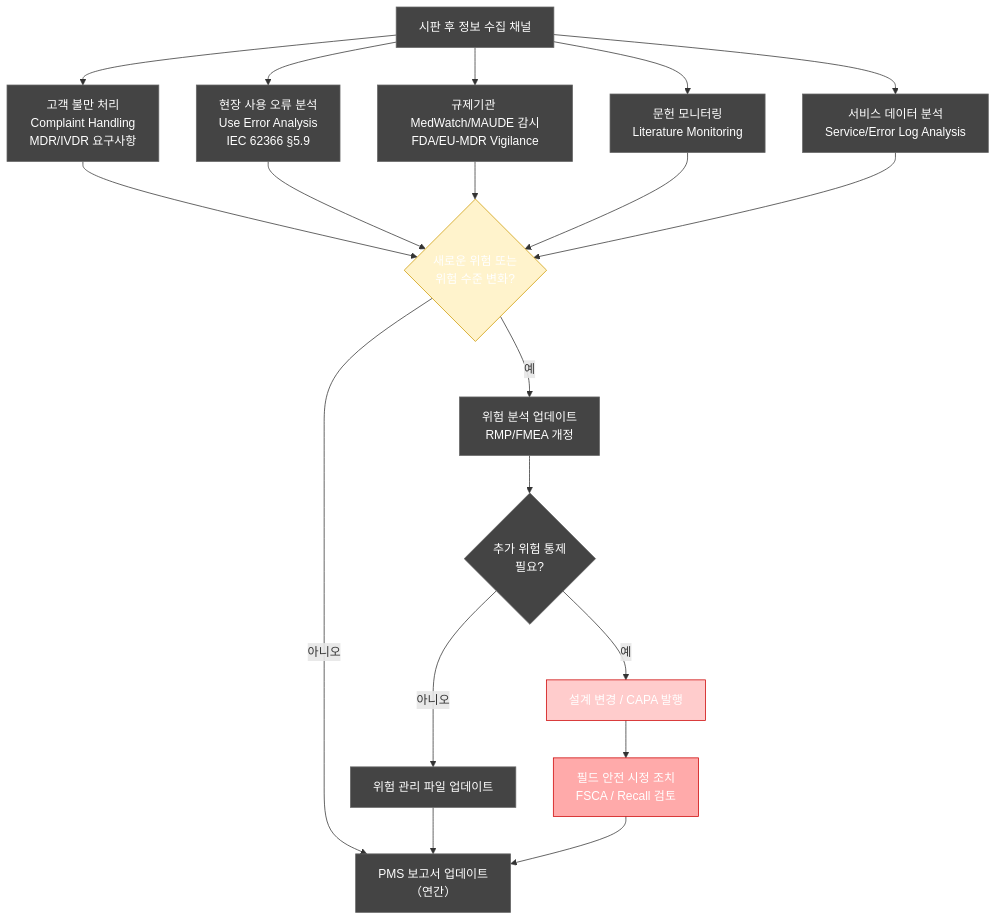
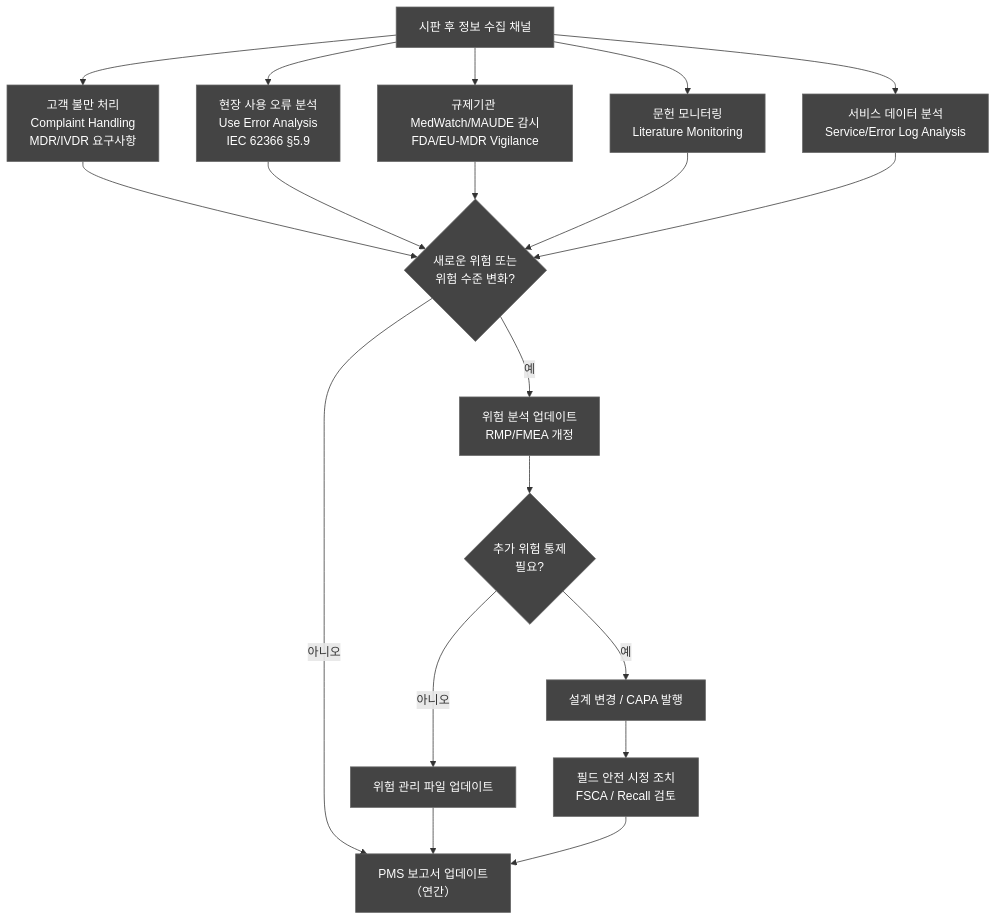
One commit to holee9/console-gui changed the eighth of 11 diagrams in docs/risk/DOC-008_Risk_Management_Plan_v1.0.md. Above: the diagram before and after it, drawn with Mermaid. The commit also changed other lines of this file and 35 other files, not shown here.

First line of the commit message:
fix: 전체 Mermaid 차트 색상 진한 회색 통일

````diff
--- a/docs/risk/DOC-008_Risk_Management_Plan_v1.0.md
+++ b/docs/risk/DOC-008_Risk_Management_Plan_v1.0.md
@@ -616,30 +616,30 @@
 ```mermaid
 flowchart TD
     A[시판 후 정보 수집 채널] --> B[고객 불만 처리\nComplaint Handling\nMDR/IVDR 요구사항]
     A --> C[현장 사용 오류 분석\nUse Error Analysis\nIEC 62366 §5.9]
     A --> D[규제기관 MedWatch/MAUDE 감시\nFDA/EU-MDR Vigilance]
     A --> E[문헌 모니터링\nLiterature Monitoring]
     A --> F[서비스 데이터 분석\nService/Error Log Analysis]
 
     B --> G{새로운 위험 또는\n위험 수준 변화?}
     C --> G
     D --> G
     E --> G
     F --> G
 
     G -->|예| H[위험 분석 업데이트\nRMP/FMEA 개정]
     G -->|아니오| I[PMS 보고서 업데이트\n（연간）]
 
     H --> J{추가 위험 통제\n필요?}
     J -->|예| K[설계 변경 / CAPA 발행]
     J -->|아니오| L[위험 관리 파일 업데이트]
 
     K --> M[필드 안전 시정 조치\nFSCA / Recall 검토]
     L --> I
     M --> I
 
     classDef default fill:#444,stroke:#666,color:#fff
-    style G fill:#fff3cc,stroke:#cc9900
-    style K fill:#ffcccc,stroke:#cc0000
-    style M fill:#ffaaaa,stroke:#cc0000
+    style G fill:#444,stroke:#666
+    style K fill:#444,stroke:#666
+    style M fill:#444,stroke:#666
 ```
````
